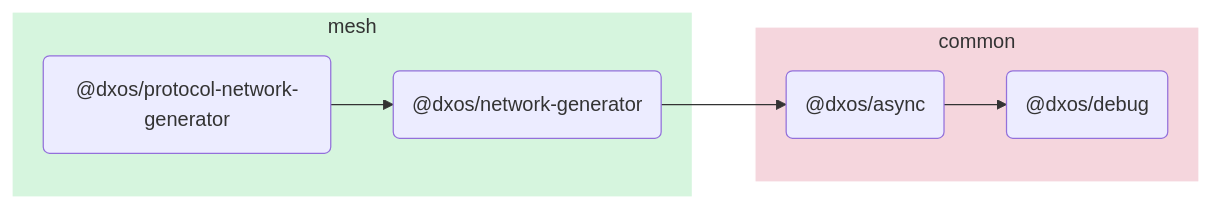
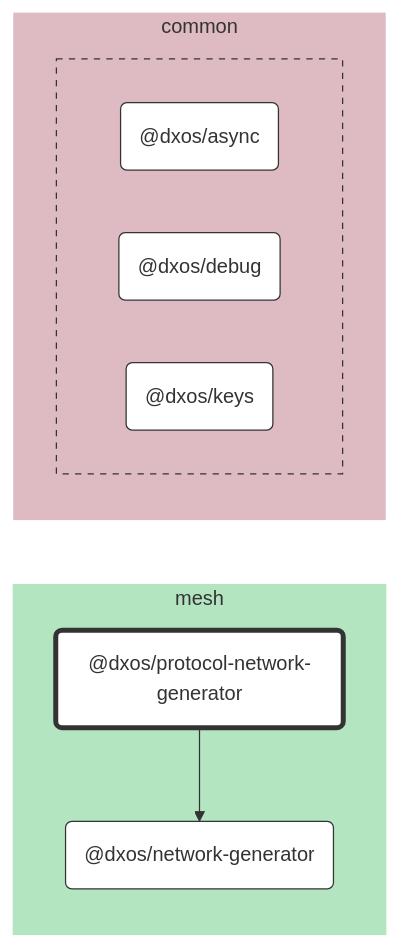
The diagram in packages/mesh/protocol-network-generator/docs/README.md (dxos/dxos), drawn with Mermaid before and after one commit. The commit also changed other lines of this file and 89 other files, not shown here.

````diff
--- a/packages/mesh/protocol-network-generator/docs/README.md
+++ b/packages/mesh/protocol-network-generator/docs/README.md
@@ -5,19 +7,48 @@
 ```mermaid
-flowchart LR;
+%%{ init: {'flowchart':{'curve':'basis'}} }%%
 
+flowchart LR
+
+%% Links
+dxos/protocol-network-generator --> dxos/network-generator;
+
+%% Sections
 subgraph mesh
-  style mesh fill:#d6f5de,stroke:#fff;
-  dxos/protocol-network-generator("@dxos/protocol-network-generator");
-  dxos/network-generator("@dxos/network-generator");
+  style mesh fill:#b3e6c0,stroke:#fff;
+
+  dxos/network-generator("@dxos/network-generator")
+  dxos/protocol-network-generator("@dxos/protocol-network-generator")
 end
 
 subgraph common
-  style common fill:#f5d6dd,stroke:#fff;
-  dxos/async("@dxos/async");
-  dxos/debug("@dxos/debug");
+  style common fill:#debac2,stroke:#fff;
+
+
+  subgraph common-excluded [ ]
+    style common-excluded fill:#debac2,stroke:#333,stroke-dasharray:5 5;
+
+    dxos/async("@dxos/async")
+    dxos/debug("@dxos/debug")
+    dxos/keys("@dxos/keys")
+  end
 end
 
-dxos/protocol-network-generator --> dxos/network-generator;
-dxos/network-generator --> dxos/async;
-dxos/async --> dxos/debug;
+
+%% Hyperlinks
+click dxos/async "dxos/dxos/tree/main/packages/common/async/docs";
+click dxos/debug "dxos/dxos/tree/main/packages/common/debug/docs";
+click dxos/keys "dxos/dxos/tree/main/packages/common/keys/docs";
+click dxos/network-generator "dxos/dxos/tree/main/packages/mesh/network-generator/docs";
+
+%% Styles
+classDef rootNode fill:#fff,stroke:#333,stroke-width:4px
+classDef defaultNode fill:#fff,stroke:#333,stroke-width:1px
+linkStyle default stroke:#333,stroke-width:1px
+
+dxos/protocol-network-generator:::rootNode
+
+dxos/async:::defaultNode
+dxos/debug:::defaultNode
+dxos/keys:::defaultNode
+dxos/network-generator:::defaultNode
 ```
````
